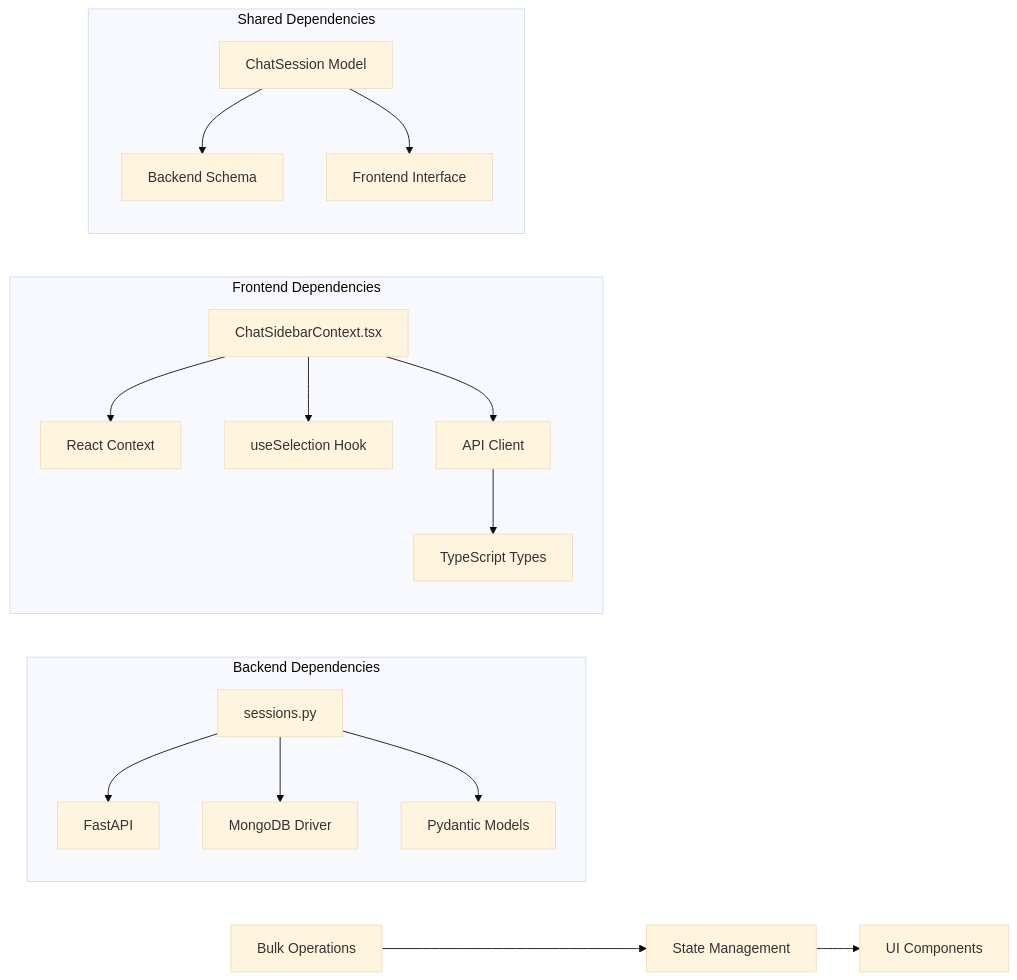
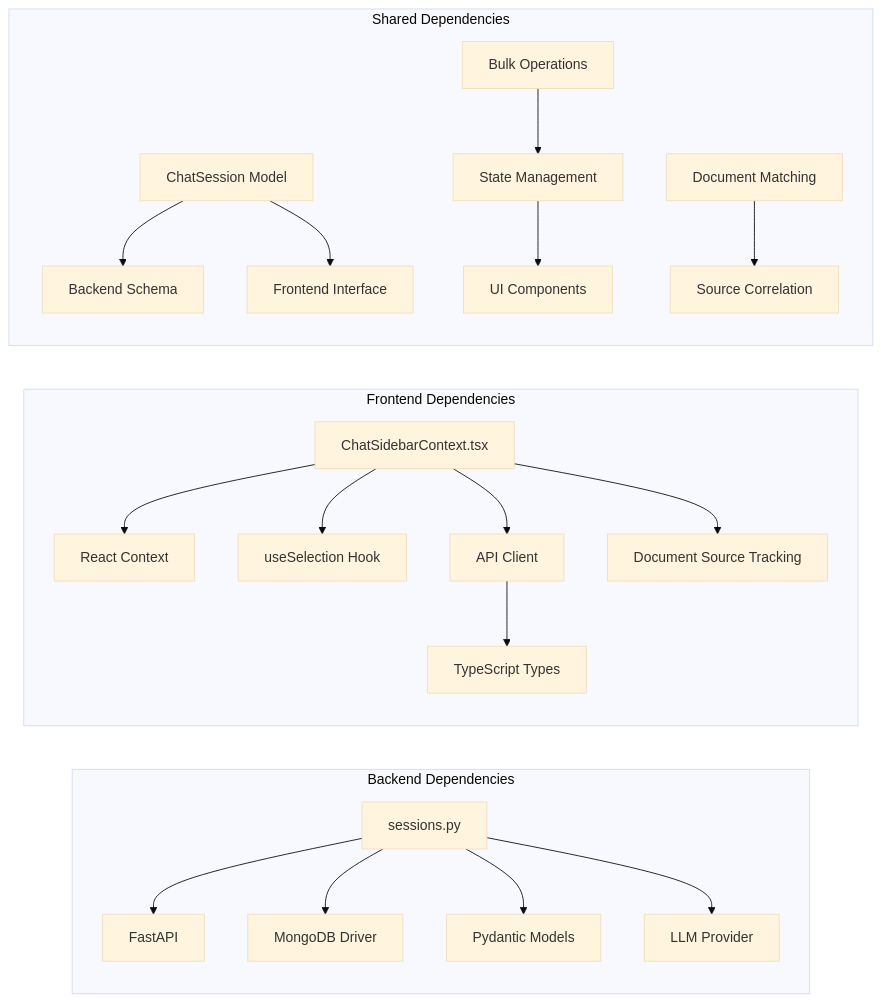
Before and after one commit to emanuelplopu/MongoDB-RAG-Agent: the ninth of 9 diagrams in .qoder/repowiki/en/content/Frontend Application/Bulk Session Management.md, drawn with Mermaid (base theme). The commit also changed other lines of this file and 5 other files, not shown here.

````diff
--- a/.qoder/repowiki/en/content/Frontend Application/Bulk Session Management.md
+++ b/.qoder/repowiki/en/content/Frontend Application/Bulk Session Management.md
@@ -240,20 +339,23 @@
 ```mermaid
 graph LR
 subgraph "Backend Dependencies"
 A[sessions.py] --> B[FastAPI]
 A --> C[MongoDB Driver]
 A --> D[Pydantic Models]
+A --> E[LLM Provider]
 end
 subgraph "Frontend Dependencies"
-E[ChatSidebarContext.tsx] --> F[React Context]
-E --> G[useSelection Hook]
-E --> H[API Client]
-H --> I[TypeScript Types]
+F[ChatSidebarContext.tsx] --> G[React Context]
+F --> H[useSelection Hook]
+F --> I[API Client]
+I --> J[TypeScript Types]
+F --> K[Document Source Tracking]
 end
 subgraph "Shared Dependencies"
-J[ChatSession Model] --> K[Backend Schema]
-J --> L[Frontend Interface]
+L[ChatSession Model] --> M[Backend Schema]
+L --> N[Frontend Interface]
+O[Bulk Operations] --> P[State Management]
+P --> Q[UI Components]
+R[Document Matching] --> S[Source Correlation]
 end
-M[Bulk Operations] --> N[State Management]
-N --> O[UI Components]
 ```
````
